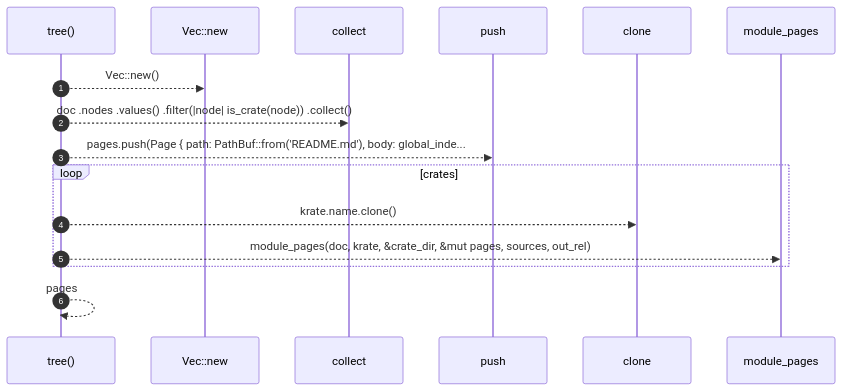
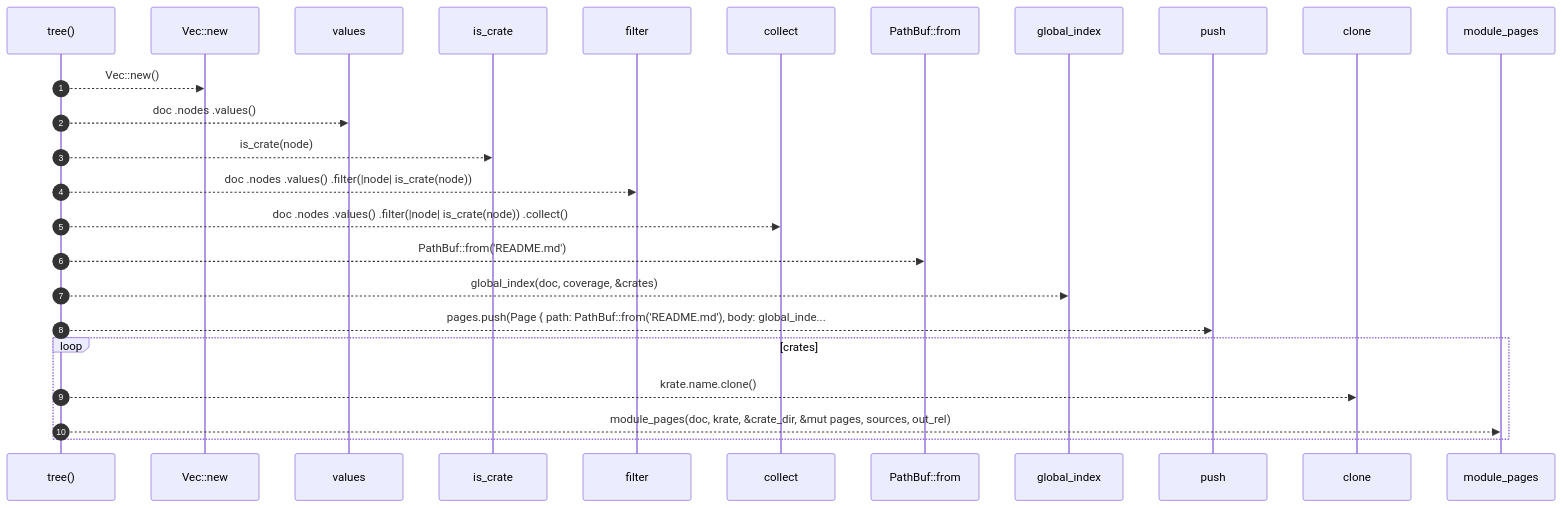
One commit to RyanGuild/self-describing-code changed the diagram in docs/self-model/robby_render/tree/tree.md. Above: the diagram before and after it, drawn with Mermaid. The commit also changed other lines of this file and 1404 other files, not shown here.

````diff
--- a/docs/self-model/robby_render/tree/tree.md
+++ b/docs/self-model/robby_render/tree/tree.md
@@ -50,18 +50,27 @@
 ```mermaid
 sequenceDiagram
     autonumber
     participant tree as tree()
     participant Vec__new as Vec::new
+    participant values as values
+    participant is_crate as is_crate
+    participant filter as filter
     participant collect as collect
+    participant PathBuf__from as PathBuf::from
+    participant global_index as global_index
     participant push as push
     participant clone as clone
     participant module_pages as module_pages
     tree-->>Vec__new: Vec::new()
+    tree-->>values: doc .nodes .values()
+    tree-->>is_crate: is_crate(node)
+    tree-->>filter: doc .nodes .values() .filter(|node| is_crate(node))
     tree-->>collect: doc .nodes .values() .filter(|node| is_crate(node)) .collect()
+    tree-->>PathBuf__from: PathBuf::from('README.md')
+    tree-->>global_index: global_index(doc, coverage, &crates)
     tree-->>push: pages.push(Page { path: PathBuf::from('README.md'), body: global_inde...
     loop crates
     tree-->>clone: krate.name.clone()
     tree-->>module_pages: module_pages(doc, krate, &crate_dir, &mut pages, sources, out_rel)
     end
-    tree-->>tree: pages
 ```
````
